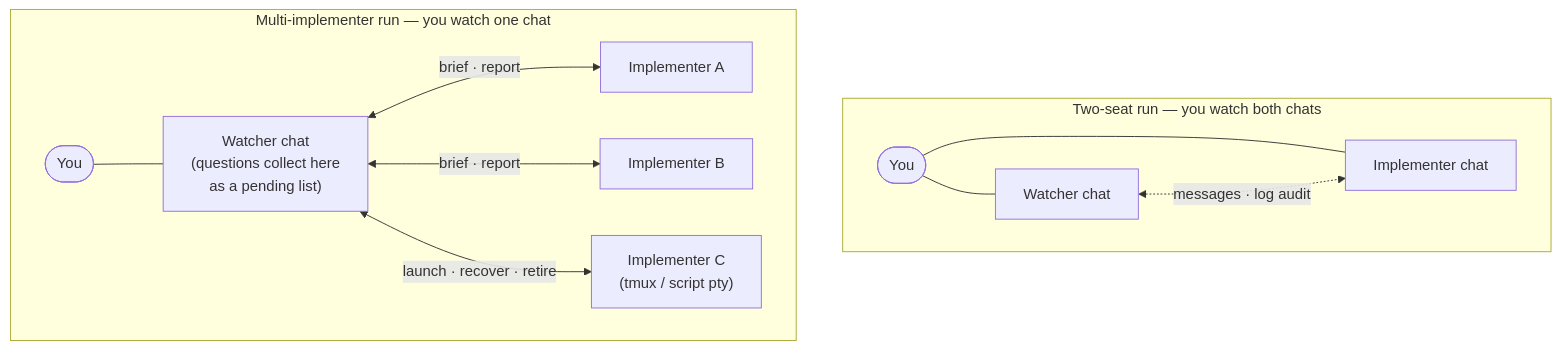
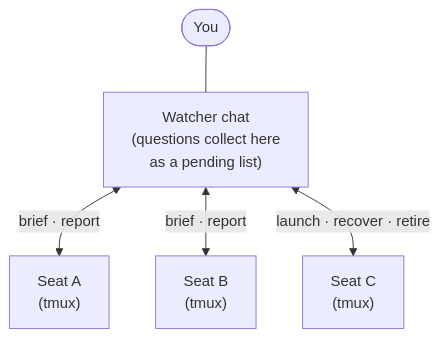
The second of 2 diagrams in README.md (inakaegg/pair-watch), drawn with Mermaid before and after one commit. The commit also changed other lines of this file and 2 other files, not shown here.

First line of the commit message:
Rewrite the READMEs around one chat that launches its seats / READMEをチャット1つから席を起動する流れに書き直す

````diff
--- a/README.md
+++ b/README.md
@@ -91,16 +128,7 @@
 ```mermaid
 flowchart TB
-    subgraph classic["Two-seat run — you watch both chats"]
-        direction LR
-        U1([You]) --- W1["Watcher chat"]
-        U1 --- I1["Implementer chat"]
-        W1 <-.->|"messages · log audit"| I1
-    end
-    subgraph multi["Multi-implementer run — you watch one chat"]
-        direction LR
-        U2([You]) --- W2["Watcher chat<br/>(questions collect here<br/>as a pending list)"]
-        W2 <-->|"brief · report"| A["Implementer A"]
-        W2 <-->|"brief · report"| B["Implementer B"]
-        W2 <-->|"launch · recover · retire"| C["Implementer C<br/>(tmux / script pty)"]
-    end
+    U([You]) --- W["Watcher chat<br/>(questions collect here<br/>as a pending list)"]
+    W <-->|"brief · report"| A["Seat A<br/>(tmux)"]
+    W <-->|"brief · report"| B["Seat B<br/>(tmux)"]
+    W <-->|"launch · recover · retire"| C["Seat C<br/>(tmux)"]
 ```
````
